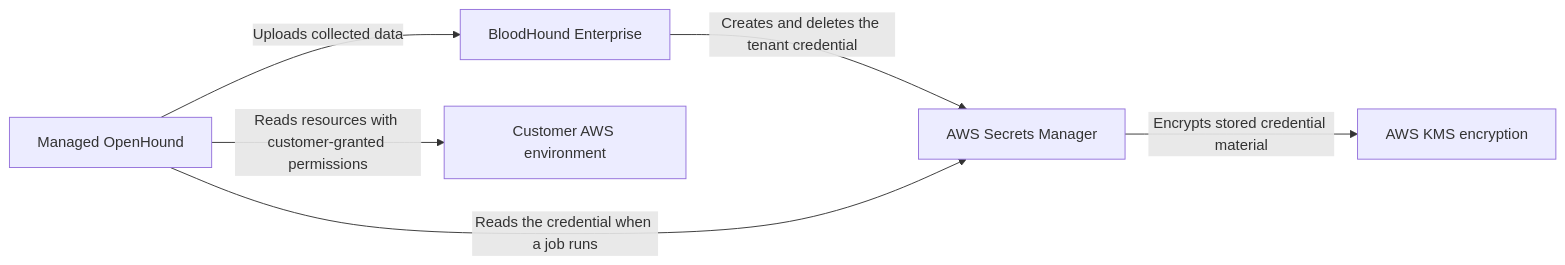
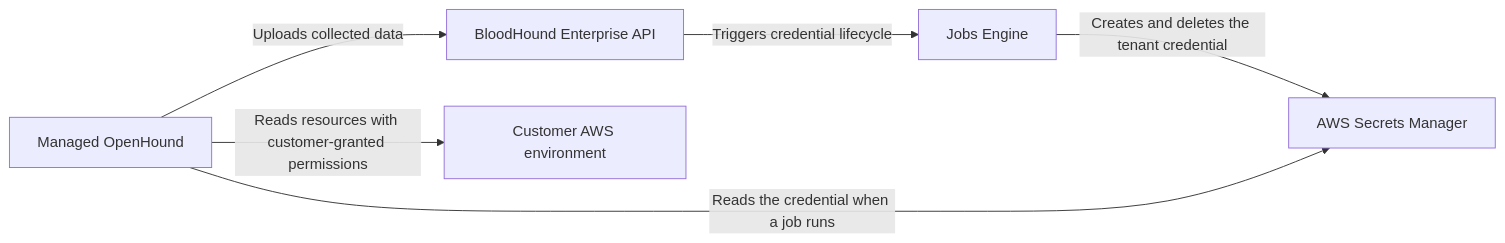
The diagram in docs/collect-data/enterprise-collection/managed-collectors/security-and-compliance.mdx (SpecterOps/bloodhound-docs), drawn with Mermaid before and after one commit. The commit also changed other lines of this file and 3 other files, not shown here.

````diff
--- a/docs/collect-data/enterprise-collection/managed-collectors/security-and-compliance.mdx
+++ b/docs/collect-data/enterprise-collection/managed-collectors/security-and-compliance.mdx
@@ -19,14 +19,14 @@
 ```mermaid
 flowchart LR
-    BHE[BloodHound Enterprise]
+    BHE[BloodHound Enterprise API]
+    Jobs[Jobs Engine]
     Secrets[AWS Secrets Manager]
-    KMS[AWS KMS encryption]
     Collector[Managed OpenHound]
     AWS[Customer AWS environment]
 
-    BHE -->|Creates and deletes the tenant credential| Secrets
-    Secrets -->|Encrypts stored credential material| KMS
+    BHE -->|Triggers credential lifecycle| Jobs
+    Jobs -->|Creates and deletes the tenant credential| Secrets
     Collector -->|Reads the credential when a job runs| Secrets
     Collector -->|Reads resources with customer-granted permissions| AWS
     Collector -->|Uploads collected data| BHE
 ```
````
